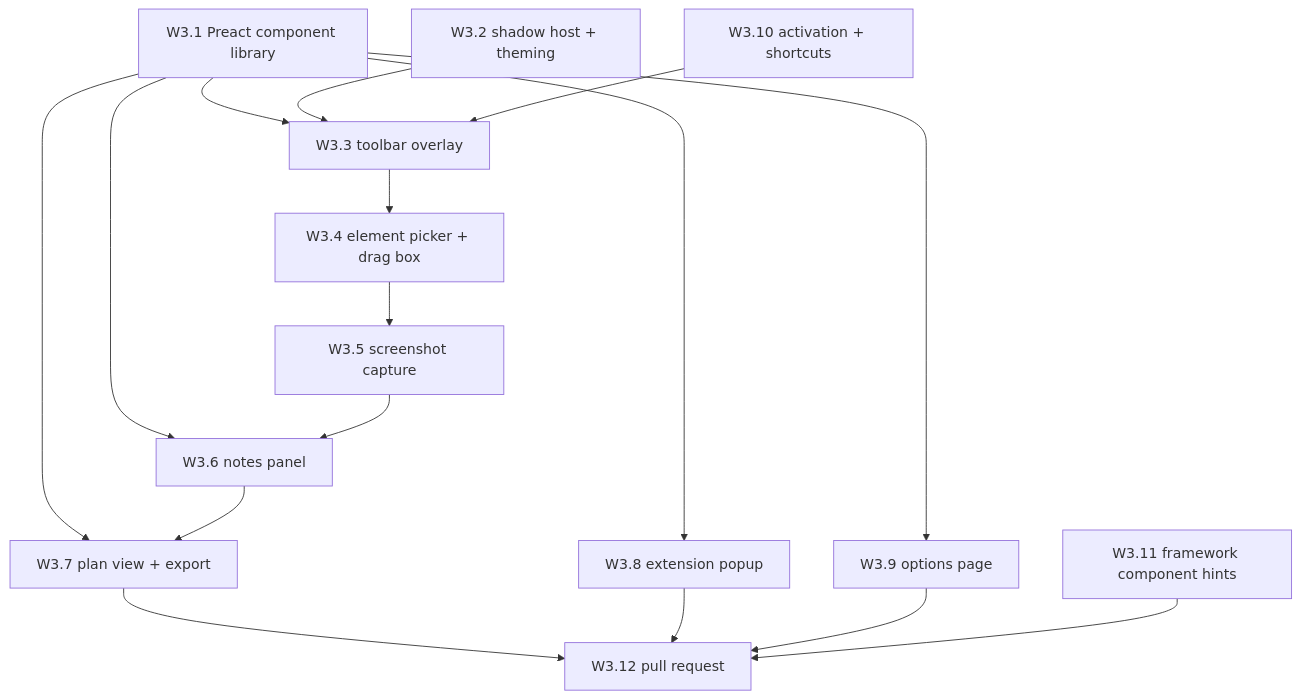
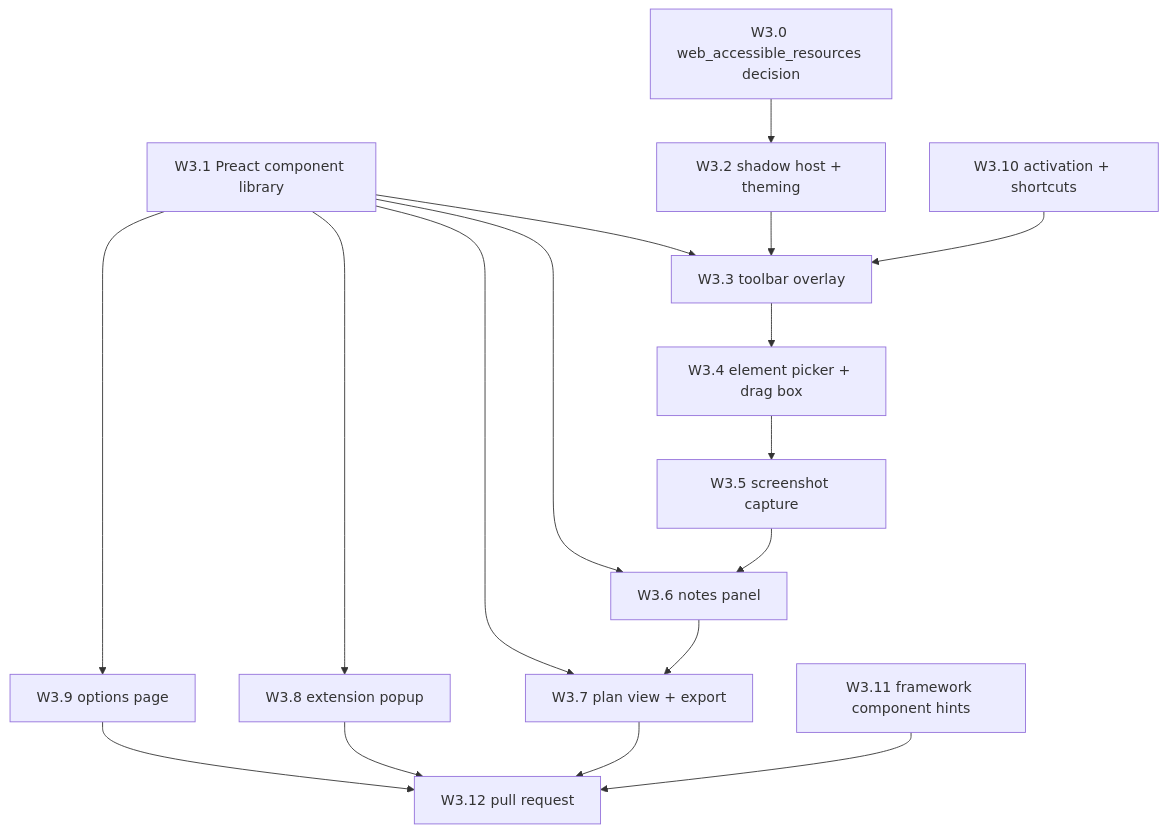
One commit to whizzzkid/point-and-shoot changed the diagram in docs/plans/wave-3-ui-and-capture.md. Above: the diagram before and after it, drawn with Mermaid. The commit also changed other lines of this file and 4 other files, not shown here.

````diff
--- a/docs/plans/wave-3-ui-and-capture.md
+++ b/docs/plans/wave-3-ui-and-capture.md
@@ -31,31 +31,33 @@
 ```mermaid
 flowchart TD
+  W30["W3.0 web_accessible_resources decision"]
   W31["W3.1 Preact component library"]
   W32["W3.2 shadow host + theming"]
   W33["W3.3 toolbar overlay"]
   W34["W3.4 element picker + drag box"]
   W35["W3.5 screenshot capture"]
   W36["W3.6 notes panel"]
   W37["W3.7 plan view + export"]
   W38["W3.8 extension popup"]
   W39["W3.9 options page"]
   W310["W3.10 activation + shortcuts"]
   W311["W3.11 framework component hints"]
   W312["W3.12 pull request"]
 
+  W30 --> W32
   W31 --> W33
   W31 --> W36
   W31 --> W37
   W31 --> W38
   W31 --> W39
   W32 --> W33
   W33 --> W34
   W34 --> W35
   W35 --> W36
   W36 --> W37
   W310 --> W33
   W37 --> W312
   W38 --> W312
   W39 --> W312
   W311 --> W312
 ```
````
